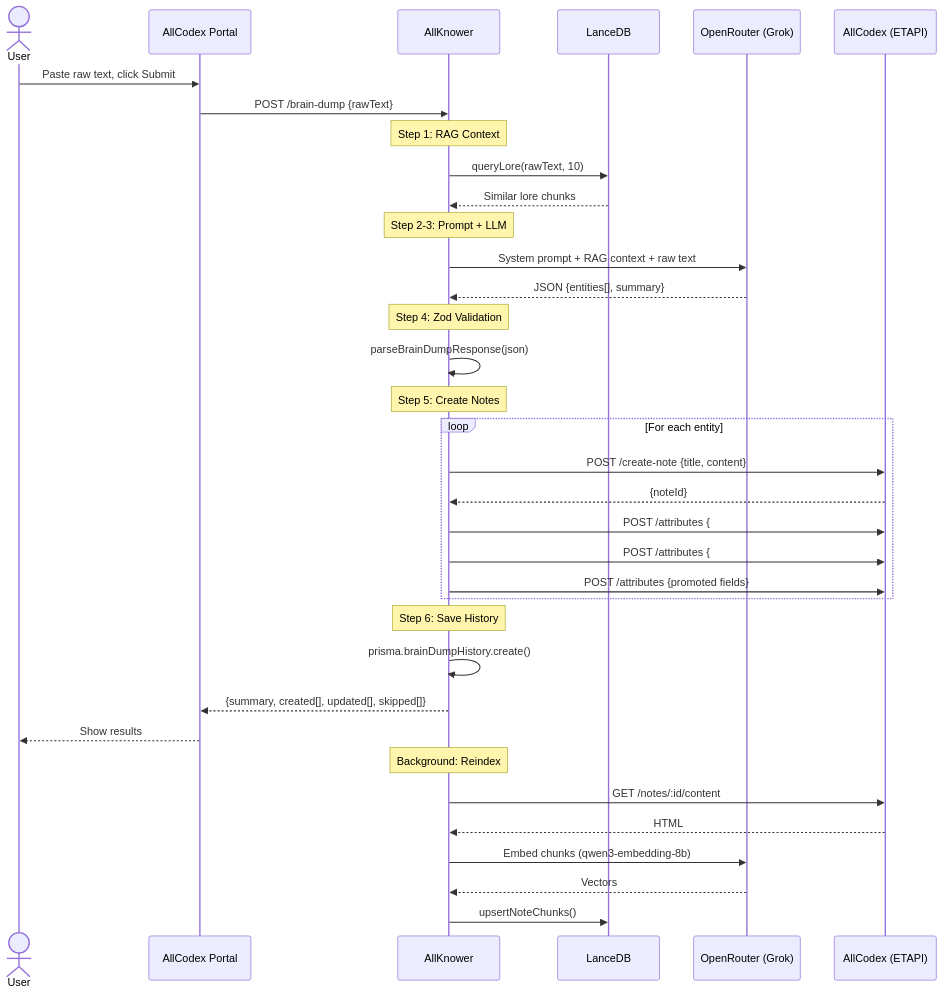
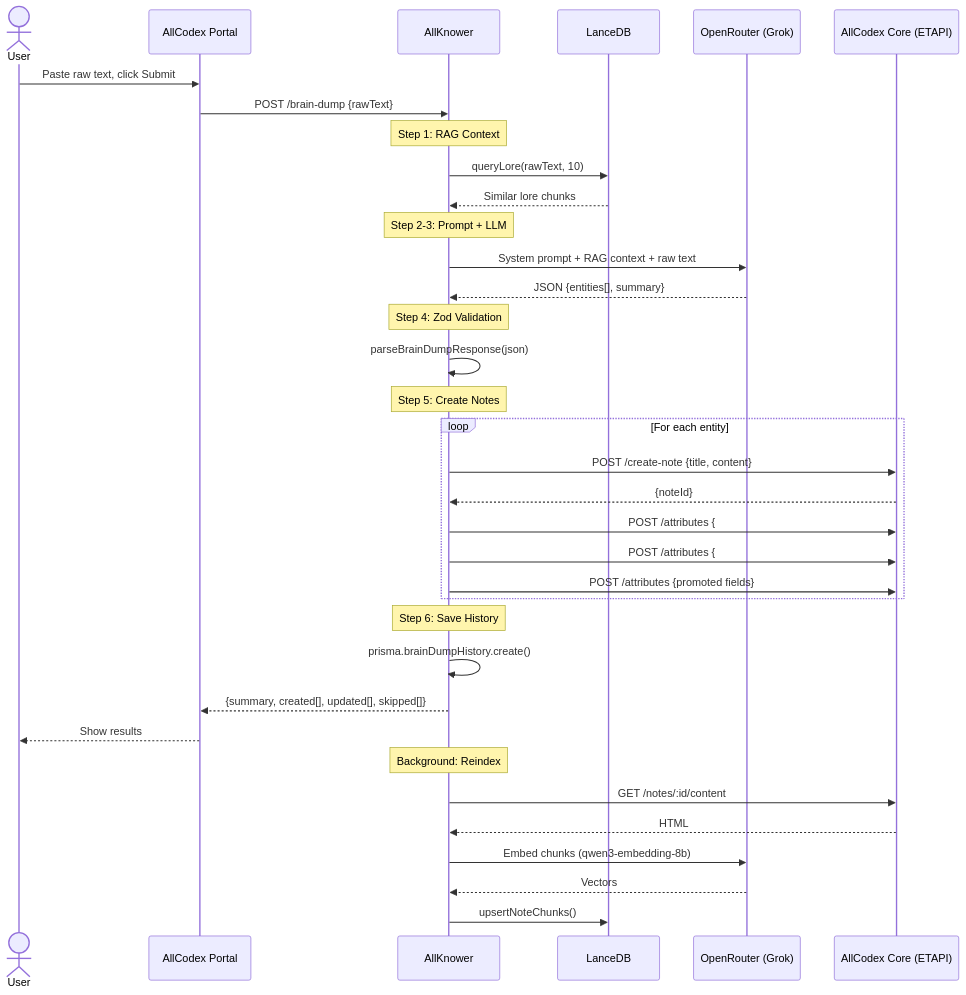
One commit to ThunderRonin/allcodex-docs changed the second of 2 diagrams in architecture.md. Above: the diagram before and after it, drawn with Mermaid. The commit also changed other lines of this file and 1 other file, not shown here.

Commit message:
docs: update architecture documentation and remove gap analysis file

````diff
--- a/architecture.md
+++ b/architecture.md
@@ -772,45 +778,45 @@
 ```mermaid
 sequenceDiagram
     actor User
     participant Portal as AllCodex Portal
     participant AK as AllKnower
     participant LDB as LanceDB
     participant LLM as OpenRouter (Grok)
-    participant AC as AllCodex (ETAPI)
+    participant AC as AllCodex Core (ETAPI)
 
     User->>Portal: Paste raw text, click Submit
     Portal->>AK: POST /brain-dump {rawText}
 
     Note over AK: Step 1: RAG Context
     AK->>LDB: queryLore(rawText, 10)
     LDB-->>AK: Similar lore chunks
 
     Note over AK: Step 2-3: Prompt + LLM
     AK->>LLM: System prompt + RAG context + raw text
     LLM-->>AK: JSON {entities[], summary}
 
     Note over AK: Step 4: Zod Validation
     AK->>AK: parseBrainDumpResponse(json)
 
     Note over AK: Step 5: Create Notes
     loop For each entity
         AK->>AC: POST /create-note {title, content}
         AC-->>AK: {noteId}
         AK->>AC: POST /attributes {#lore}
         AK->>AC: POST /attributes {#loreType=type}
         AK->>AC: POST /attributes {promoted fields}
     end
 
     Note over AK: Step 6: Save History
     AK->>AK: prisma.brainDumpHistory.create()
 
     AK-->>Portal: {summary, created[], updated[], skipped[]}
     Portal-->>User: Show results
 
     Note over AK: Background: Reindex
     AK->>AC: GET /notes/:id/content
     AC-->>AK: HTML
     AK->>LLM: Embed chunks (qwen3-embedding-8b)
     LLM-->>AK: Vectors
     AK->>LDB: upsertNoteChunks()
 ```
````
